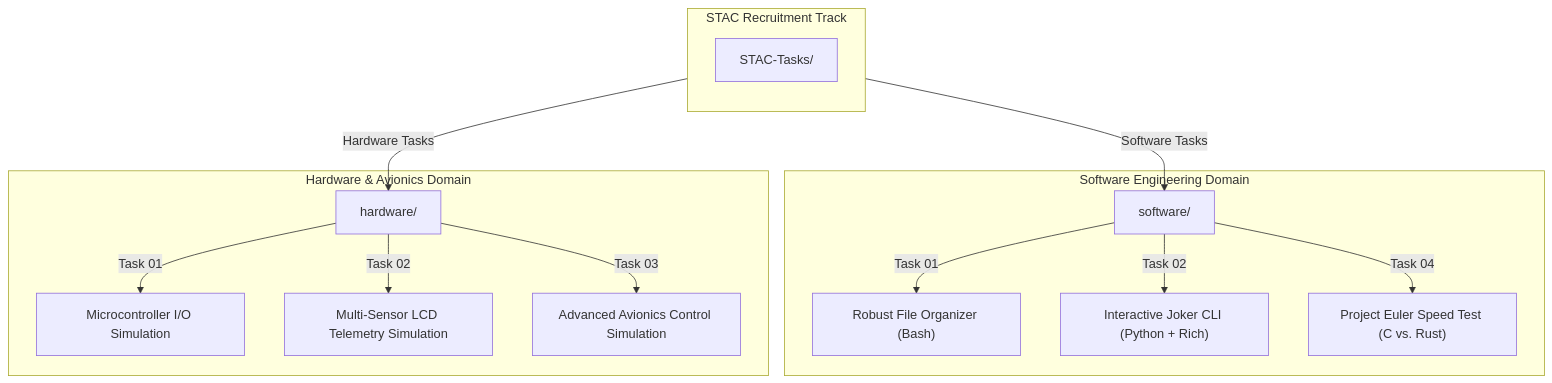
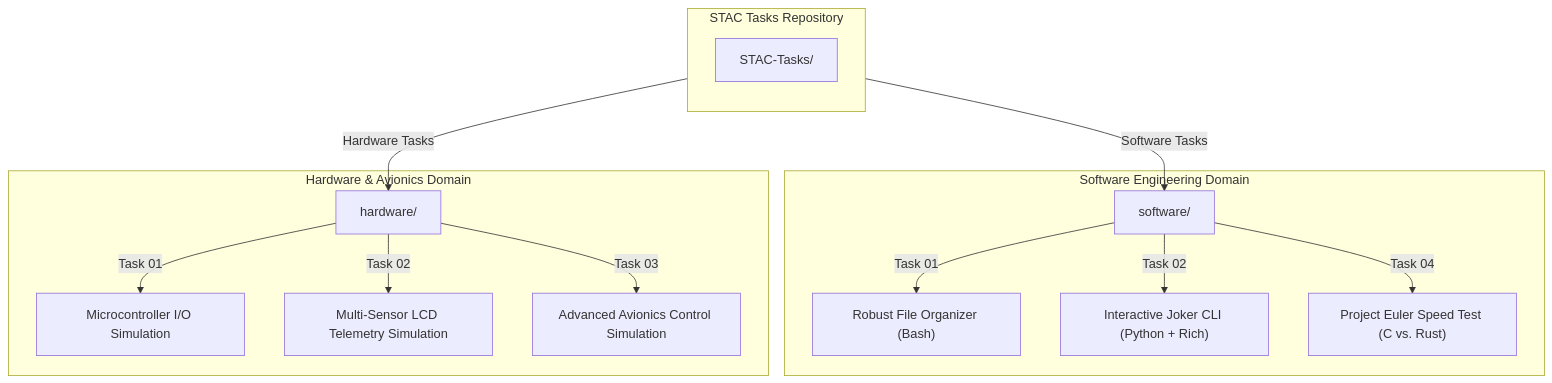
Before and after one commit to seeramsujay/STAC-Tasks: the diagram in README.md, drawn with Mermaid. The commit also changed other lines of this file and 2 other files, not shown here.

Commit message:
docs: bespoke vector logo, centered presentation, and future roadmap

````diff
--- a/README.md
+++ b/README.md
@@ -18,21 +29,21 @@
 ```mermaid
-flowchart TD
-    subgraph STAC ["STAC Recruitment Track"]
+graph TD
+    subgraph Repository_Root [STAC Tasks Repository]
         direction TB
         A["STAC-Tasks/"]
     end
     
     subgraph Software_Track ["Software Engineering Domain"]
         A -->|Software Tasks| B["software/"]
         B -->|Task 01| C["Robust File Organizer (Bash)"]
         B -->|Task 02| D["Interactive Joker CLI (Python + Rich)"]
         B -->|Task 04| E["Project Euler Speed Test (C vs. Rust)"]
     end
     
     subgraph Hardware_Track ["Hardware & Avionics Domain"]
         A -->|Hardware Tasks| F["hardware/"]
         F -->|Task 01| G["Microcontroller I/O Simulation"]
         F -->|Task 02| H["Multi-Sensor LCD Telemetry Simulation"]
         F -->|Task 03| I["Advanced Avionics Control Simulation"]
     end
 ```
````
